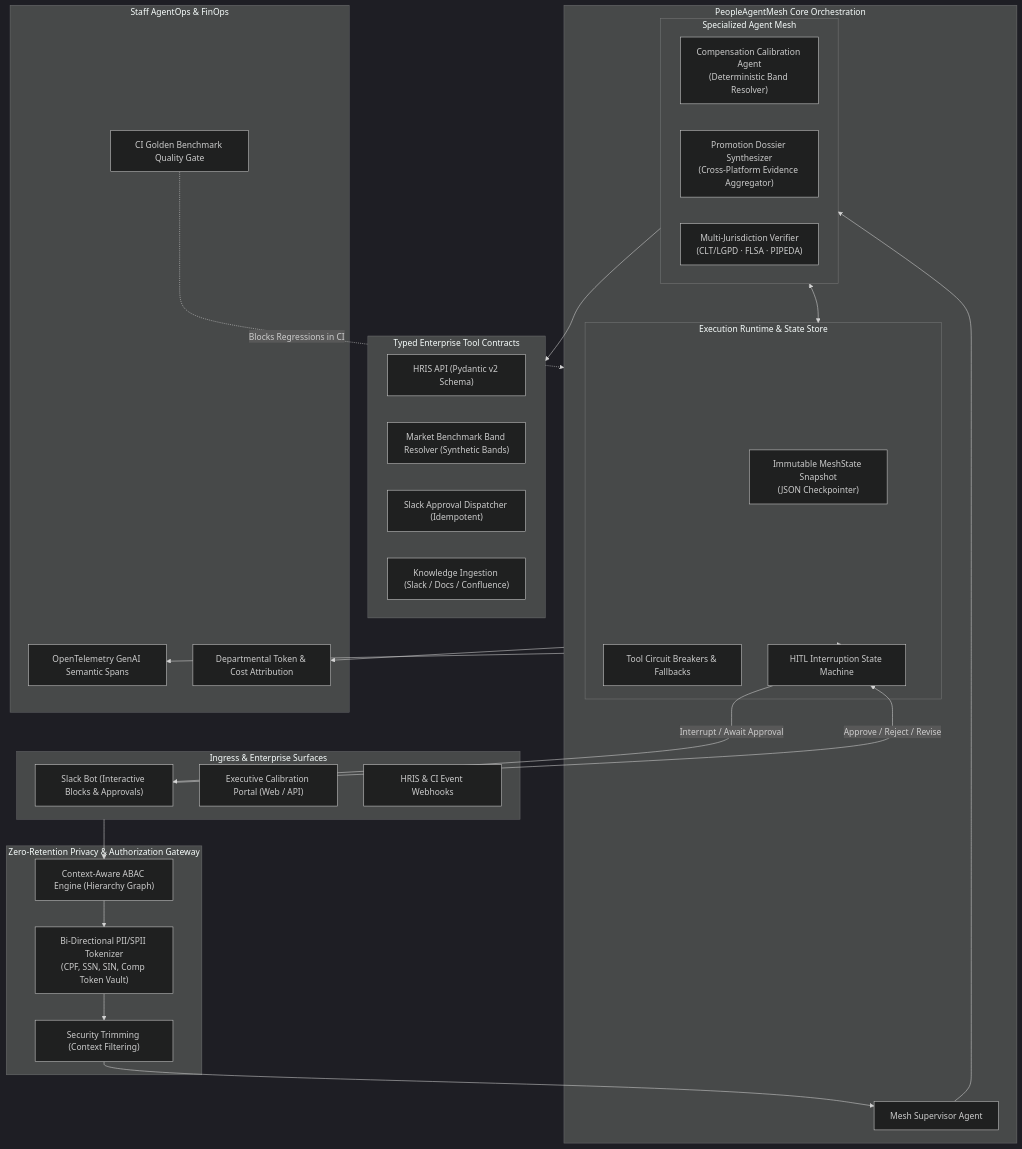
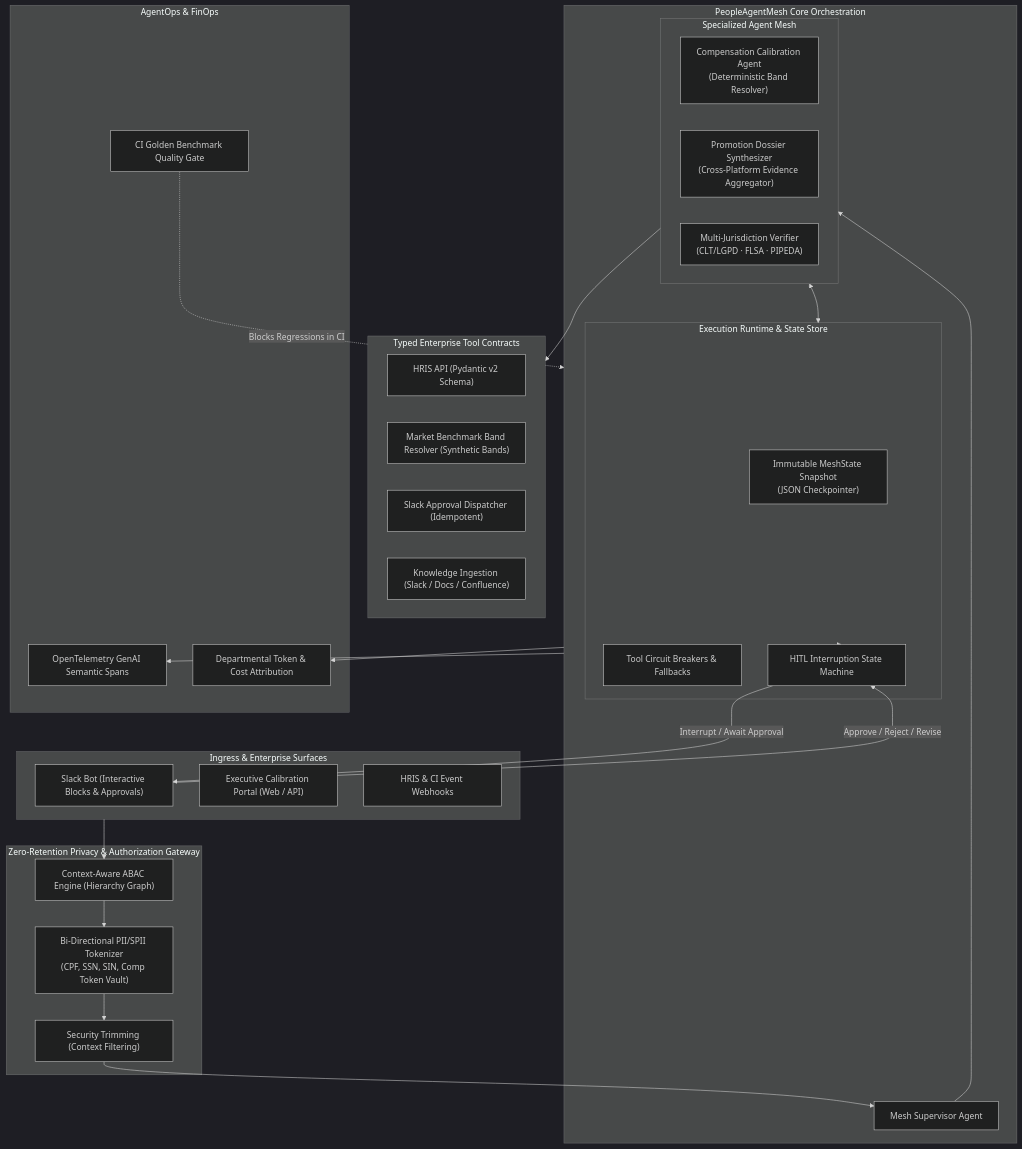
The diagram in README.md (pedrogriff/people-agent-mesh), drawn with Mermaid (dark theme) before and after one commit. The commit also changed other lines of this file and 8 other files, not shown here.

````diff
--- a/README.md
+++ b/README.md
@@ -32,60 +34,60 @@
 ```mermaid
 flowchart TD
     subgraph Ingress["Ingress & Enterprise Surfaces"]
         Slack["Slack Bot (Interactive Blocks & Approvals)"]
         Portal["Executive Calibration Portal (Web / API)"]
         Webhook["HRIS & CI Event Webhooks"]
     end
 
     subgraph SecurityPerimeter["Zero-Retention Privacy & Authorization Gateway"]
         AuthZ["Context-Aware ABAC Engine (Hierarchy Graph)"]
         PII_Vault["Bi-Directional PII/SPII Tokenizer\n(CPF, SSN, SIN, Comp Token Vault)"]
         SecTrim["Security Trimming (Context Filtering)"]
     end
 
     subgraph MeshEngine["PeopleAgentMesh Core Orchestration"]
         Supervisor["Mesh Supervisor Agent"]
         
         subgraph Specialists["Specialized Agent Mesh"]
             CompAgent["Compensation Calibration Agent\n(Deterministic Band Resolver)"]
             PromoAgent["Promotion Dossier Synthesizer\n(Cross-Platform Evidence Aggregator)"]
             ComplianceEngine["Multi-Jurisdiction Verifier\n(CLT/LGPD · FLSA · PIPEDA)"]
         end
 
         subgraph RuntimeState["Execution Runtime & State Store"]
             StateSnapshot["Immutable MeshState Snapshot\n(JSON Checkpointer)"]
             CircuitBreaker["Tool Circuit Breakers & Fallbacks"]
             HITLGate["HITL Interruption State Machine"]
         end
     end
 
     subgraph ToolContracts["Typed Enterprise Tool Contracts"]
         HRIS_Tool["HRIS API (Pydantic v2 Schema)"]
         Market_Tool["Market Benchmark Band Resolver (Synthetic Bands)"]
         Slack_Tool["Slack Approval Dispatcher (Idempotent)"]
         Doc_Tool["Knowledge Ingestion (Slack / Docs / Confluence)"]
     end
 
-    subgraph Observability["Staff AgentOps & FinOps"]
+    subgraph Observability["AgentOps & FinOps"]
         OTel["OpenTelemetry GenAI Semantic Spans"]
         FinOps["Departmental Token & Cost Attribution"]
         EvalGate["CI Golden Benchmark Quality Gate"]
     end
 
     Ingress --> AuthZ
     AuthZ --> PII_Vault
     PII_Vault --> SecTrim
     SecTrim --> Supervisor
 
     Supervisor --> Specialists
     Specialists <--> RuntimeState
     Specialists --> ToolContracts
 
     RuntimeState --> HITLGate
     HITLGate -->|Interrupt / Await Approval| Slack
     Slack -->|Approve / Reject / Revise| HITLGate
 
     MeshEngine --> OTel
     MeshEngine --> FinOps
     EvalGate -.->|Blocks Regressions in CI| MeshEngine
 ```
````
